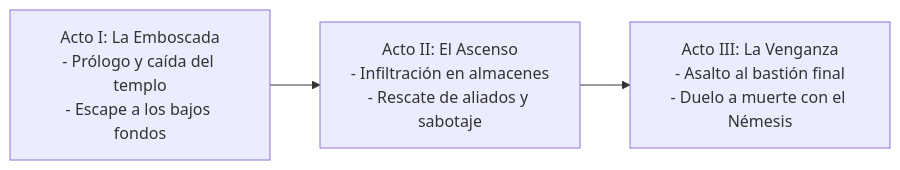
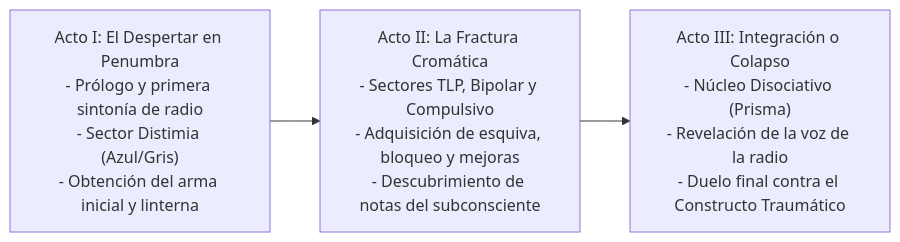
Before and after one commit to matichanx3x3/proyectoGaiden: the diagram in Documentacion/GDD_Gaiden/01 - Narrativa & Lore/01.1 - Sinopsis & Estructura Argumental.md, drawn with Mermaid. The commit also changed other lines of this file and 58 other files, not shown here.

````diff
--- a/Documentacion/GDD_Gaiden/01 - Narrativa & Lore/01.1 - Sinopsis & Estructura Argumental.md
+++ b/Documentacion/GDD_Gaiden/01 - Narrativa & Lore/01.1 - Sinopsis & Estructura Argumental.md
@@ -35,5 +33,5 @@
 ```mermaid
 flowchart LR
-    Acto1["Acto I: La Emboscada\n- Prólogo y caída del templo\n- Escape a los bajos fondos"] --> Acto2["Acto II: El Ascenso\n- Infiltración en almacenes\n- Rescate de aliados y sabotaje"]
-    Acto2 --> Acto3["Acto III: La Venganza\n- Asalto al bastión final\n- Duelo a muerte con el Némesis"]
+    Acto1["Acto I: El Despertar en Penumbra\n- Prólogo y primera sintonía de radio\n- Sector Distimia (Azul/Gris)\n- Obtención del arma inicial y linterna"] --> Acto2["Acto II: La Fractura Cromática\n- Sectores TLP, Bipolar y Compulsivo\n- Adquisición de esquiva, bloqueo y mejoras\n- Descubrimiento de notas del subconsciente"]
+    Acto2 --> Acto3["Acto III: Integración o Colapso\n- Núcleo Disociativo (Prisma)\n- Revelación de la voz de la radio\n- Duelo final contra el Constructo Traumático"]
 ```
````
